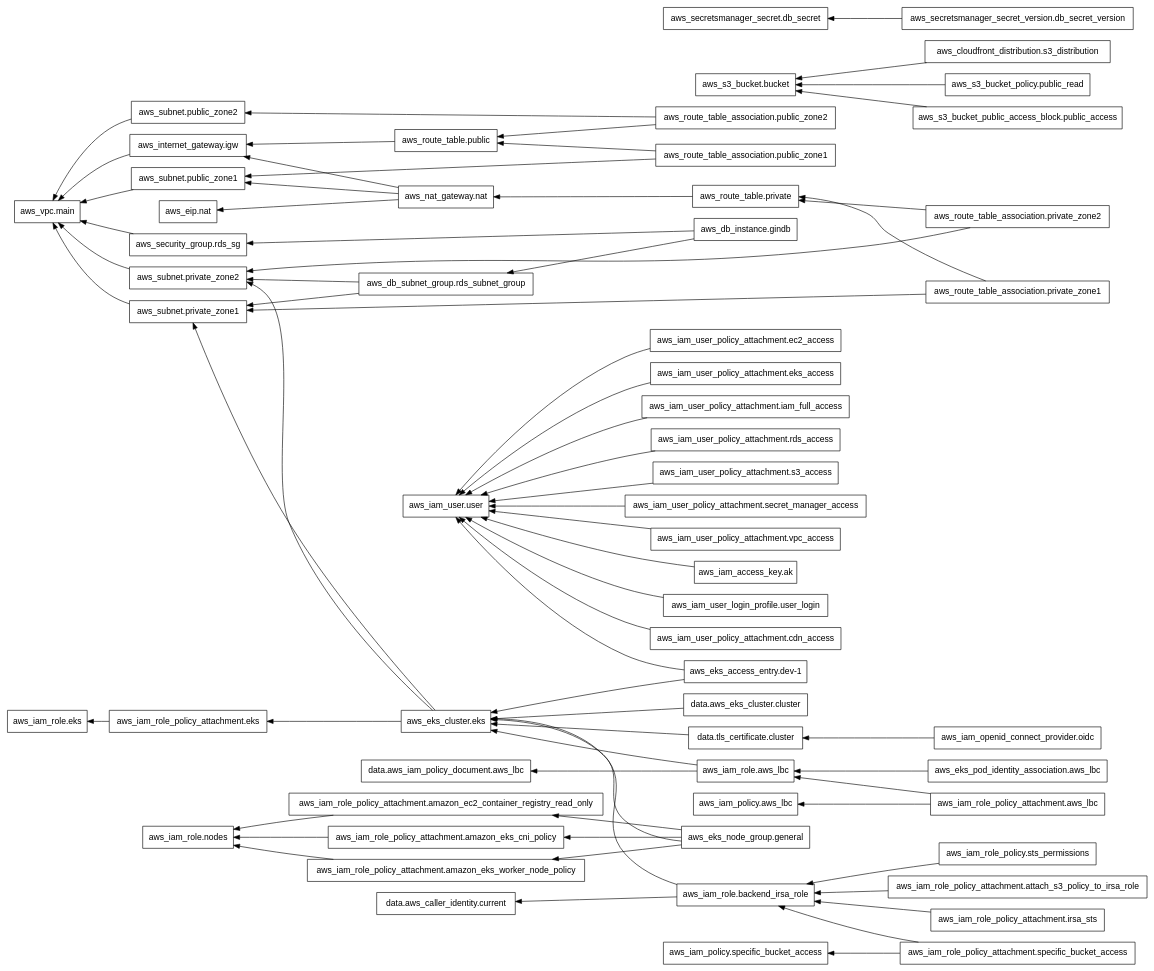
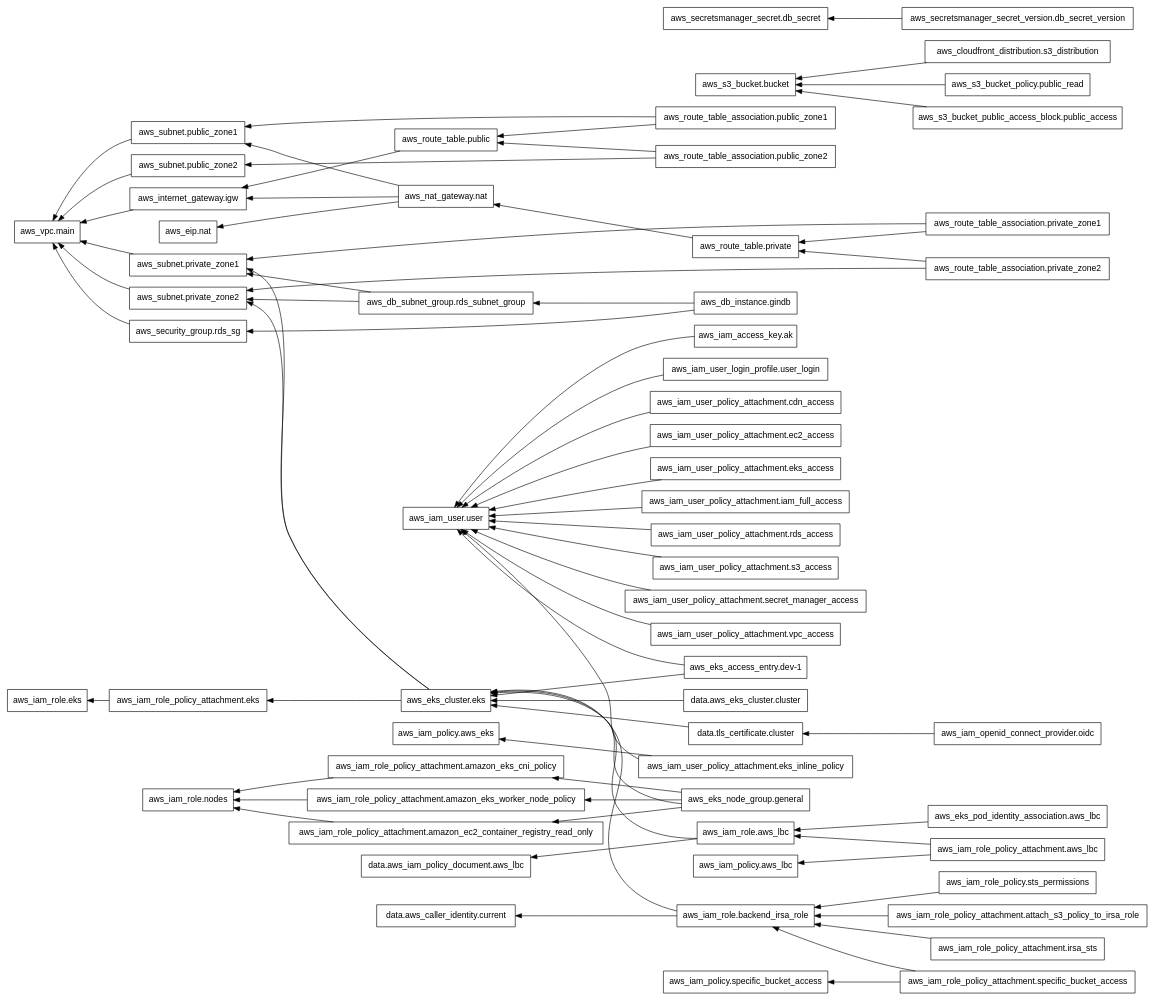
Before and after one commit to ad1822/cloudOps: the diagram in Terraform/graph.dot, drawn with Graphviz. The commit also changed 14 other files, not shown here.

```diff
--- a/Terraform/graph.dot
+++ b/Terraform/graph.dot
@@ -1,128 +1,131 @@
 digraph G {
   rankdir = "RL";
   node [shape = rect, fontname = "sans-serif"];
-
   "data.aws_caller_identity.current" [label="data.aws_caller_identity.current"];
   "data.aws_eks_cluster.cluster" [label="data.aws_eks_cluster.cluster"];
   "data.aws_iam_policy_document.aws_lbc" [label="data.aws_iam_policy_document.aws_lbc"];
   "data.tls_certificate.cluster" [label="data.tls_certificate.cluster"];
   "aws_cloudfront_distribution.s3_distribution" [label="aws_cloudfront_distribution.s3_distribution"];
   "aws_db_instance.gindb" [label="aws_db_instance.gindb"];
   "aws_db_subnet_group.rds_subnet_group" [label="aws_db_subnet_group.rds_subnet_group"];
   "aws_eip.nat" [label="aws_eip.nat"];
   "aws_eks_access_entry.dev-1" [label="aws_eks_access_entry.dev-1"];
   "aws_eks_cluster.eks" [label="aws_eks_cluster.eks"];
   "aws_eks_node_group.general" [label="aws_eks_node_group.general"];
   "aws_eks_pod_identity_association.aws_lbc" [label="aws_eks_pod_identity_association.aws_lbc"];
   "aws_iam_access_key.ak" [label="aws_iam_access_key.ak"];
   "aws_iam_openid_connect_provider.oidc" [label="aws_iam_openid_connect_provider.oidc"];
+  "aws_iam_policy.aws_eks" [label="aws_iam_policy.aws_eks"];
   "aws_iam_policy.aws_lbc" [label="aws_iam_policy.aws_lbc"];
   "aws_iam_policy.specific_bucket_access" [label="aws_iam_policy.specific_bucket_access"];
   "aws_iam_role.aws_lbc" [label="aws_iam_role.aws_lbc"];
   "aws_iam_role.backend_irsa_role" [label="aws_iam_role.backend_irsa_role"];
   "aws_iam_role.eks" [label="aws_iam_role.eks"];
   "aws_iam_role.nodes" [label="aws_iam_role.nodes"];
   "aws_iam_role_policy.sts_permissions" [label="aws_iam_role_policy.sts_permissions"];
   "aws_iam_role_policy_attachment.amazon_ec2_container_registry_read_only" [label="aws_iam_role_policy_attachment.amazon_ec2_container_registry_read_only"];
   "aws_iam_role_policy_attachment.amazon_eks_cni_policy" [label="aws_iam_role_policy_attachment.amazon_eks_cni_policy"];
   "aws_iam_role_policy_attachment.amazon_eks_worker_node_policy" [label="aws_iam_role_policy_attachment.amazon_eks_worker_node_policy"];
   "aws_iam_role_policy_attachment.attach_s3_policy_to_irsa_role" [label="aws_iam_role_policy_attachment.attach_s3_policy_to_irsa_role"];
   "aws_iam_role_policy_attachment.aws_lbc" [label="aws_iam_role_policy_attachment.aws_lbc"];
   "aws_iam_role_policy_attachment.eks" [label="aws_iam_role_policy_attachment.eks"];
   "aws_iam_role_policy_attachment.irsa_sts" [label="aws_iam_role_policy_attachment.irsa_sts"];
   "aws_iam_role_policy_attachment.specific_bucket_access" [label="aws_iam_role_policy_attachment.specific_bucket_access"];
   "aws_iam_user.user" [label="aws_iam_user.user"];
   "aws_iam_user_login_profile.user_login" [label="aws_iam_user_login_profile.user_login"];
   "aws_iam_user_policy_attachment.cdn_access" [label="aws_iam_user_policy_attachment.cdn_access"];
   "aws_iam_user_policy_attachment.ec2_access" [label="aws_iam_user_policy_attachment.ec2_access"];
   "aws_iam_user_policy_attachment.eks_access" [label="aws_iam_user_policy_attachment.eks_access"];
+  "aws_iam_user_policy_attachment.eks_inline_policy" [label="aws_iam_user_policy_attachment.eks_inline_policy"];
   "aws_iam_user_policy_attachment.iam_full_access" [label="aws_iam_user_policy_attachment.iam_full_access"];
   "aws_iam_user_policy_attachment.rds_access" [label="aws_iam_user_policy_attachment.rds_access"];
   "aws_iam_user_policy_attachment.s3_access" [label="aws_iam_user_policy_attachment.s3_access"];
   "aws_iam_user_policy_attachment.secret_manager_access" [label="aws_iam_user_policy_attachment.secret_manager_access"];
   "aws_iam_user_policy_attachment.vpc_access" [label="aws_iam_user_policy_attachment.vpc_access"];
   "aws_internet_gateway.igw" [label="aws_internet_gateway.igw"];
   "aws_nat_gateway.nat" [label="aws_nat_gateway.nat"];
   "aws_route_table.private" [label="aws_route_table.private"];
   "aws_route_table.public" [label="aws_route_table.public"];
   "aws_route_table_association.private_zone1" [label="aws_route_table_association.private_zone1"];
   "aws_route_table_association.private_zone2" [label="aws_route_table_association.private_zone2"];
   "aws_route_table_association.public_zone1" [label="aws_route_table_association.public_zone1"];
   "aws_route_table_association.public_zone2" [label="aws_route_table_association.public_zone2"];
   "aws_s3_bucket.bucket" [label="aws_s3_bucket.bucket"];
   "aws_s3_bucket_policy.public_read" [label="aws_s3_bucket_policy.public_read"];
   "aws_s3_bucket_public_access_block.public_access" [label="aws_s3_bucket_public_access_block.public_access"];
   "aws_secretsmanager_secret.db_secret" [label="aws_secretsmanager_secret.db_secret"];
   "aws_secretsmanager_secret_version.db_secret_version" [label="aws_secretsmanager_secret_version.db_secret_version"];
   "aws_security_group.rds_sg" [label="aws_security_group.rds_sg"];
   "aws_subnet.private_zone1" [label="aws_subnet.private_zone1"];
   "aws_subnet.private_zone2" [label="aws_subnet.private_zone2"];
   "aws_subnet.public_zone1" [label="aws_subnet.public_zone1"];
   "aws_subnet.public_zone2" [label="aws_subnet.public_zone2"];
   "aws_vpc.main" [label="aws_vpc.main"];
   "data.aws_eks_cluster.cluster" -> "aws_eks_cluster.eks";
   "data.tls_certificate.cluster" -> "aws_eks_cluster.eks";
   "aws_cloudfront_distribution.s3_distribution" -> "aws_s3_bucket.bucket";
   "aws_db_instance.gindb" -> "aws_db_subnet_group.rds_subnet_group";
   "aws_db_instance.gindb" -> "aws_security_group.rds_sg";
   "aws_db_subnet_group.rds_subnet_group" -> "aws_subnet.private_zone1";
   "aws_db_subnet_group.rds_subnet_group" -> "aws_subnet.private_zone2";
   "aws_eks_access_entry.dev-1" -> "aws_eks_cluster.eks";
   "aws_eks_access_entry.dev-1" -> "aws_iam_user.user";
   "aws_eks_cluster.eks" -> "aws_iam_role_policy_attachment.eks";
   "aws_eks_cluster.eks" -> "aws_subnet.private_zone1";
   "aws_eks_cluster.eks" -> "aws_subnet.private_zone2";
   "aws_eks_node_group.general" -> "aws_eks_cluster.eks";
   "aws_eks_node_group.general" -> "aws_iam_role_policy_attachment.amazon_ec2_container_registry_read_only";
   "aws_eks_node_group.general" -> "aws_iam_role_policy_attachment.amazon_eks_cni_policy";
   "aws_eks_node_group.general" -> "aws_iam_role_policy_attachment.amazon_eks_worker_node_policy";
   "aws_eks_pod_identity_association.aws_lbc" -> "aws_iam_role.aws_lbc";
   "aws_iam_access_key.ak" -> "aws_iam_user.user";
   "aws_iam_openid_connect_provider.oidc" -> "data.tls_certificate.cluster";
   "aws_iam_role.aws_lbc" -> "data.aws_iam_policy_document.aws_lbc";
   "aws_iam_role.aws_lbc" -> "aws_eks_cluster.eks";
   "aws_iam_role.backend_irsa_role" -> "data.aws_caller_identity.current";
   "aws_iam_role.backend_irsa_role" -> "aws_eks_cluster.eks";
   "aws_iam_role_policy.sts_permissions" -> "aws_iam_role.backend_irsa_role";
   "aws_iam_role_policy_attachment.amazon_ec2_container_registry_read_only" -> "aws_iam_role.nodes";
   "aws_iam_role_policy_attachment.amazon_eks_cni_policy" -> "aws_iam_role.nodes";
   "aws_iam_role_policy_attachment.amazon_eks_worker_node_policy" -> "aws_iam_role.nodes";
   "aws_iam_role_policy_attachment.attach_s3_policy_to_irsa_role" -> "aws_iam_role.backend_irsa_role";
   "aws_iam_role_policy_attachment.aws_lbc" -> "aws_iam_policy.aws_lbc";
   "aws_iam_role_policy_attachment.aws_lbc" -> "aws_iam_role.aws_lbc";
   "aws_iam_role_policy_attachment.eks" -> "aws_iam_role.eks";
   "aws_iam_role_policy_attachment.irsa_sts" -> "aws_iam_role.backend_irsa_role";
   "aws_iam_role_policy_attachment.specific_bucket_access" -> "aws_iam_policy.specific_bucket_access";
   "aws_iam_role_policy_attachment.specific_bucket_access" -> "aws_iam_role.backend_irsa_role";
   "aws_iam_user_login_profile.user_login" -> "aws_iam_user.user";
   "aws_iam_user_policy_attachment.cdn_access" -> "aws_iam_user.user";
   "aws_iam_user_policy_attachment.ec2_access" -> "aws_iam_user.user";
   "aws_iam_user_policy_attachment.eks_access" -> "aws_iam_user.user";
+  "aws_iam_user_policy_attachment.eks_inline_policy" -> "aws_iam_policy.aws_eks";
+  "aws_iam_user_policy_attachment.eks_inline_policy" -> "aws_iam_user.user";
   "aws_iam_user_policy_attachment.iam_full_access" -> "aws_iam_user.user";
   "aws_iam_user_policy_attachment.rds_access" -> "aws_iam_user.user";
   "aws_iam_user_policy_attachment.s3_access" -> "aws_iam_user.user";
   "aws_iam_user_policy_attachment.secret_manager_access" -> "aws_iam_user.user";
   "aws_iam_user_policy_attachment.vpc_access" -> "aws_iam_user.user";
   "aws_internet_gateway.igw" -> "aws_vpc.main";
   "aws_nat_gateway.nat" -> "aws_eip.nat";
   "aws_nat_gateway.nat" -> "aws_internet_gateway.igw";
   "aws_nat_gateway.nat" -> "aws_subnet.public_zone1";
   "aws_route_table.private" -> "aws_nat_gateway.nat";
   "aws_route_table.public" -> "aws_internet_gateway.igw";
   "aws_route_table_association.private_zone1" -> "aws_route_table.private";
   "aws_route_table_association.private_zone1" -> "aws_subnet.private_zone1";
   "aws_route_table_association.private_zone2" -> "aws_route_table.private";
   "aws_route_table_association.private_zone2" -> "aws_subnet.private_zone2";
   "aws_route_table_association.public_zone1" -> "aws_route_table.public";
   "aws_route_table_association.public_zone1" -> "aws_subnet.public_zone1";
   "aws_route_table_association.public_zone2" -> "aws_route_table.public";
   "aws_route_table_association.public_zone2" -> "aws_subnet.public_zone2";
   "aws_s3_bucket_policy.public_read" -> "aws_s3_bucket.bucket";
   "aws_s3_bucket_public_access_block.public_access" -> "aws_s3_bucket.bucket";
   "aws_secretsmanager_secret_version.db_secret_version" -> "aws_secretsmanager_secret.db_secret";
   "aws_security_group.rds_sg" -> "aws_vpc.main";
   "aws_subnet.private_zone1" -> "aws_vpc.main";
   "aws_subnet.private_zone2" -> "aws_vpc.main";
   "aws_subnet.public_zone1" -> "aws_vpc.main";
   "aws_subnet.public_zone2" -> "aws_vpc.main";
 }
```
